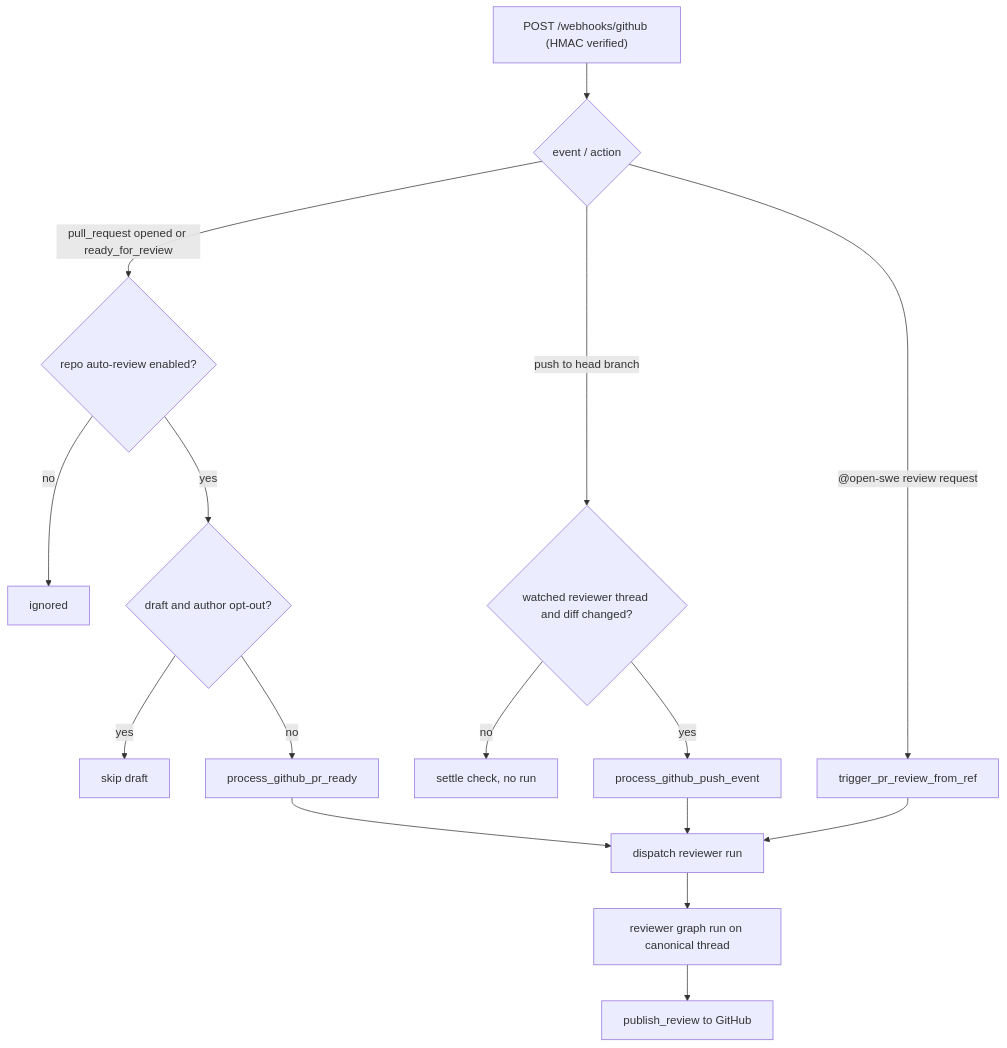
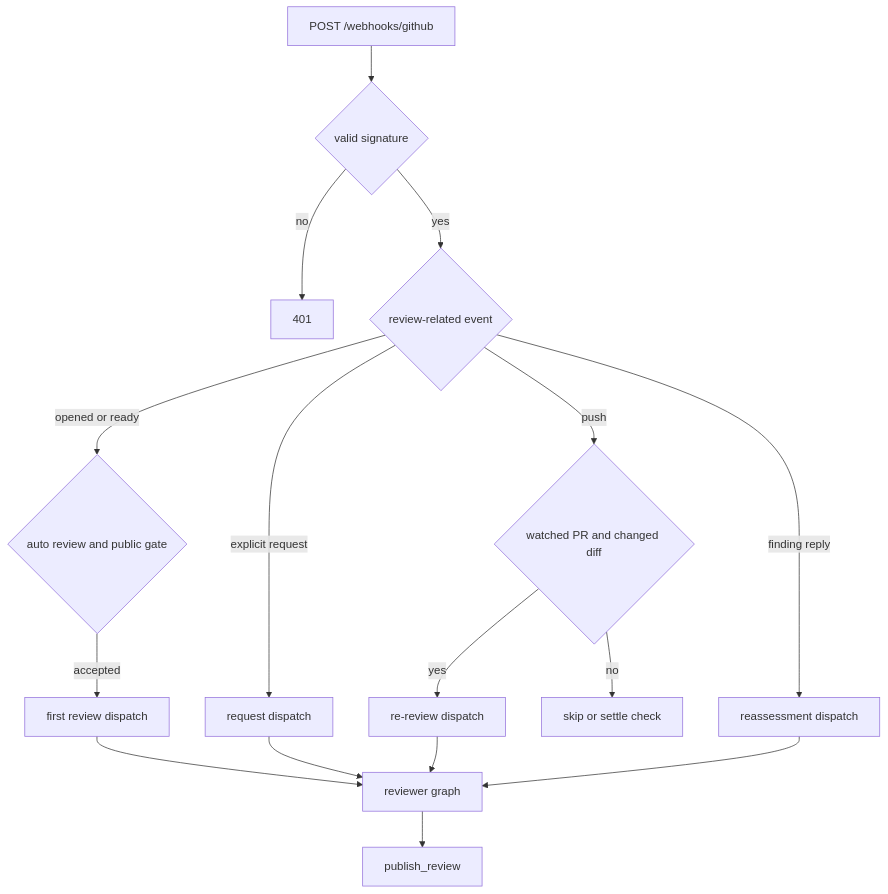
Before and after one commit to langchain-ai/open-swe: the first of 2 diagrams in openwiki/workflows/pr-review.md, drawn with Mermaid. The commit also changed other lines of this file and 52 other files, not shown here.

Commit message:
docs(repo): update OpenWiki

````diff
--- a/openwiki/workflows/pr-review.md
+++ b/openwiki/workflows/pr-review.md
@@ -75,18 +75,18 @@
 ```mermaid
 flowchart TD
-  WH["POST /webhooks/github (HMAC verified)"] --> EV{"event / action"}
-  EV -->|"pull_request opened or ready_for_review"| GATE{"repo auto-review enabled?"}
-  GATE -->|no| SKIP1["ignored"]
-  GATE -->|yes| DRAFT{"draft and author opt-out?"}
-  DRAFT -->|yes| SKIP2["skip draft"]
-  DRAFT -->|no| FIRST["process_github_pr_ready"]
-  EV -->|"push to head branch"| WATCH{"watched reviewer thread and diff changed?"}
-  WATCH -->|no| SETTLE["settle check, no run"]
-  WATCH -->|yes| RE["process_github_push_event"]
-  EV -->|"@open-swe review request"| REQ["trigger_pr_review_from_ref"]
-  FIRST --> DISPATCH["dispatch reviewer run"]
-  RE --> DISPATCH
-  REQ --> DISPATCH
-  DISPATCH --> RUN["reviewer graph run on canonical thread"]
-  RUN --> PUB["publish_review to GitHub"]
+  Hook["POST /webhooks/github"] --> Sig{"valid signature"}
+  Sig -->|"no"| Reject["401"]
+  Sig -->|"yes"| Event{"review-related event"}
+  Event -->|"opened or ready"| Gate{"auto review and public gate"}
+  Gate -->|"accepted"| First["first review dispatch"]
+  Event -->|"explicit request"| Request["request dispatch"]
+  Event -->|"push"| Watch{"watched PR and changed diff"}
+  Watch -->|"yes"| Rerun["re-review dispatch"]
+  Watch -->|"no"| Skip["skip or settle check"]
+  Event -->|"finding reply"| Reply["reassessment dispatch"]
+  First --> Run["reviewer graph"]
+  Request --> Run
+  Rerun --> Run
+  Reply --> Run
+  Run --> Publish["publish_review"]
 ```
````
